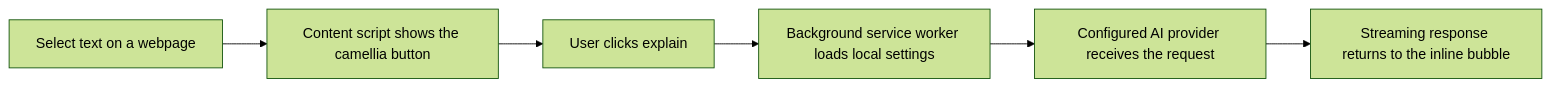
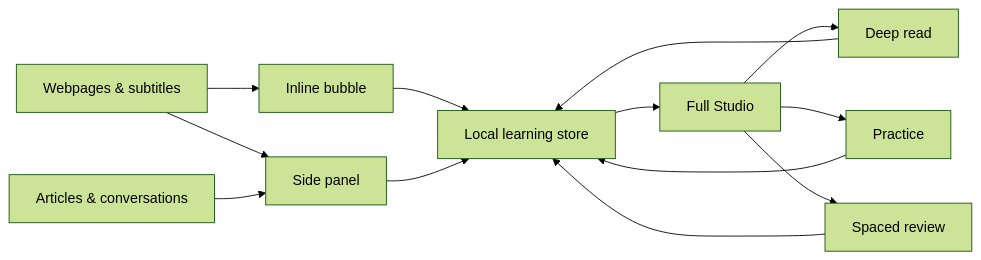
One commit to keer-d/jieyuhua-extension changed the diagram in README.md. Above: the diagram before and after it, drawn with Mermaid (forest theme). The commit also changed other lines of this file and 30 other files, not shown here.

````diff
--- a/README.md
+++ b/README.md
@@ -27,8 +59,15 @@
 ```mermaid
 flowchart LR
-  A["Select text on a webpage"] --> B["Content script shows the camellia button"]
-  B --> C["User clicks explain"]
-  C --> D["Background service worker loads local settings"]
-  D --> E["Configured AI provider receives the request"]
-  E --> F["Streaming response returns to the inline bubble"]
+  A["Webpages & subtitles"] --> B["Inline bubble"]
+  A --> C["Side panel"]
+  D["Articles & conversations"] --> C
+  B --> E["Local learning store"]
+  C --> E
+  E --> F["Full Studio"]
+  F --> G["Deep read"]
+  F --> H["Practice"]
+  F --> I["Spaced review"]
+  G --> E
+  H --> E
+  I --> E
 ```
````
